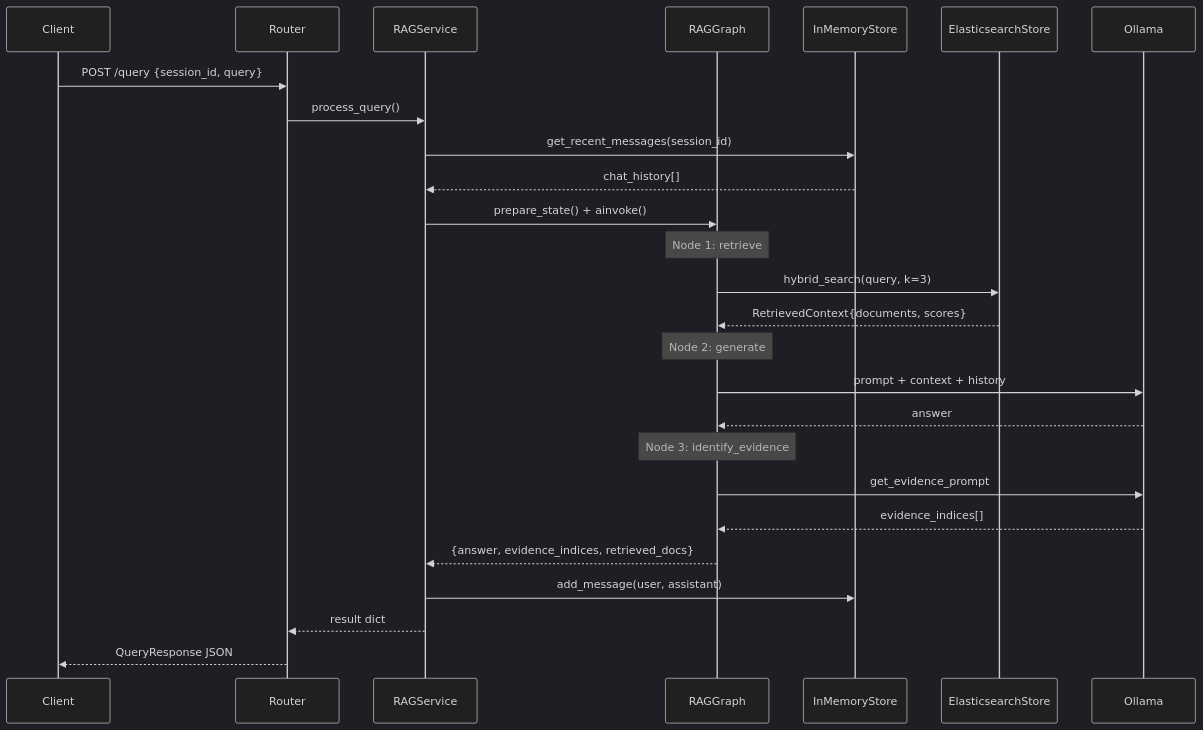
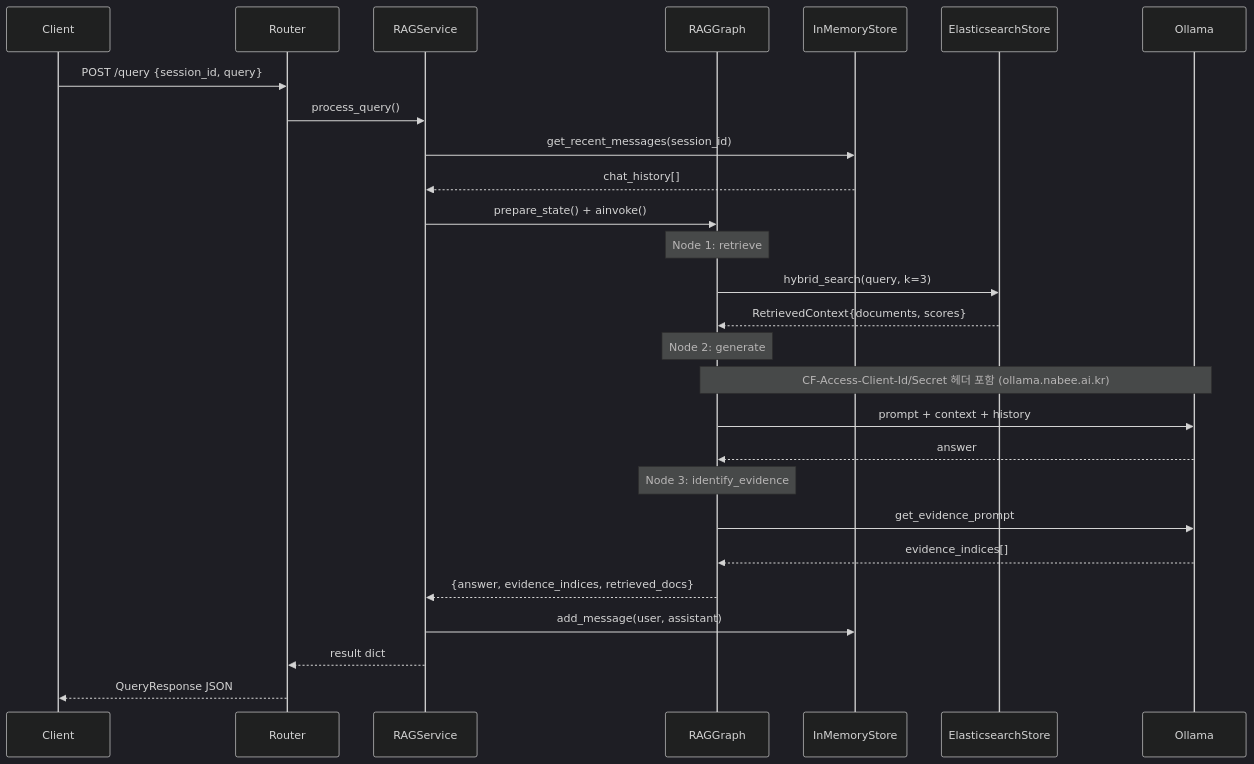
One commit to linkmind-ai/rag-project changed the second of 3 diagrams in CLAUDE.md. Above: the diagram before and after it, drawn with Mermaid (dark theme). The commit also changed other lines of this file, not shown here.

First line of the commit message:
docs(CLAUDE.md): 아키텍처 다이어그램 현행화 - Cloudflare Access 반영

````diff
--- a/CLAUDE.md
+++ b/CLAUDE.md
@@ -112,36 +147,37 @@
 ```mermaid
 sequenceDiagram
     participant C as Client
     participant R as Router
     participant S as RAGService
     participant G as RAGGraph
     participant M as InMemoryStore
     participant E as ElasticsearchStore
     participant LLM as Ollama
 
     C->>R: POST /query {session_id, query}
     R->>S: process_query()
 
     S->>M: get_recent_messages(session_id)
     M-->>S: chat_history[]
 
     S->>G: prepare_state() + ainvoke()
 
     Note over G: Node 1: retrieve
     G->>E: hybrid_search(query, k=3)
     E-->>G: RetrievedContext{documents, scores}
 
     Note over G: Node 2: generate
+    Note over G,LLM: CF-Access-Client-Id/Secret 헤더 포함 (ollama.nabee.ai.kr)
     G->>LLM: prompt + context + history
     LLM-->>G: answer
 
     Note over G: Node 3: identify_evidence
     G->>LLM: get_evidence_prompt
     LLM-->>G: evidence_indices[]
 
     G-->>S: {answer, evidence_indices, retrieved_docs}
 
     S->>M: add_message(user, assistant)
     S-->>R: result dict
     R-->>C: QueryResponse JSON
 ```
````
